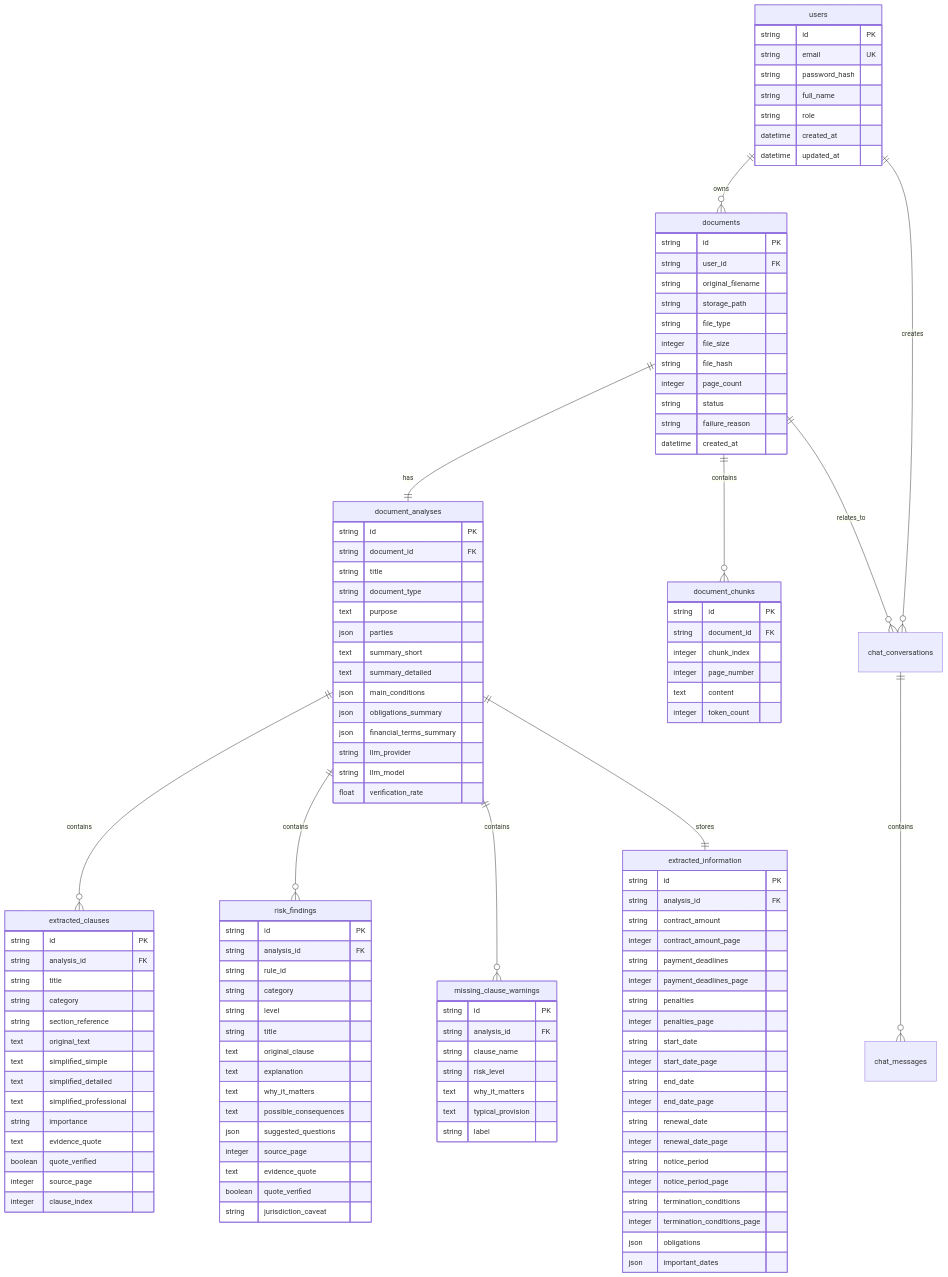
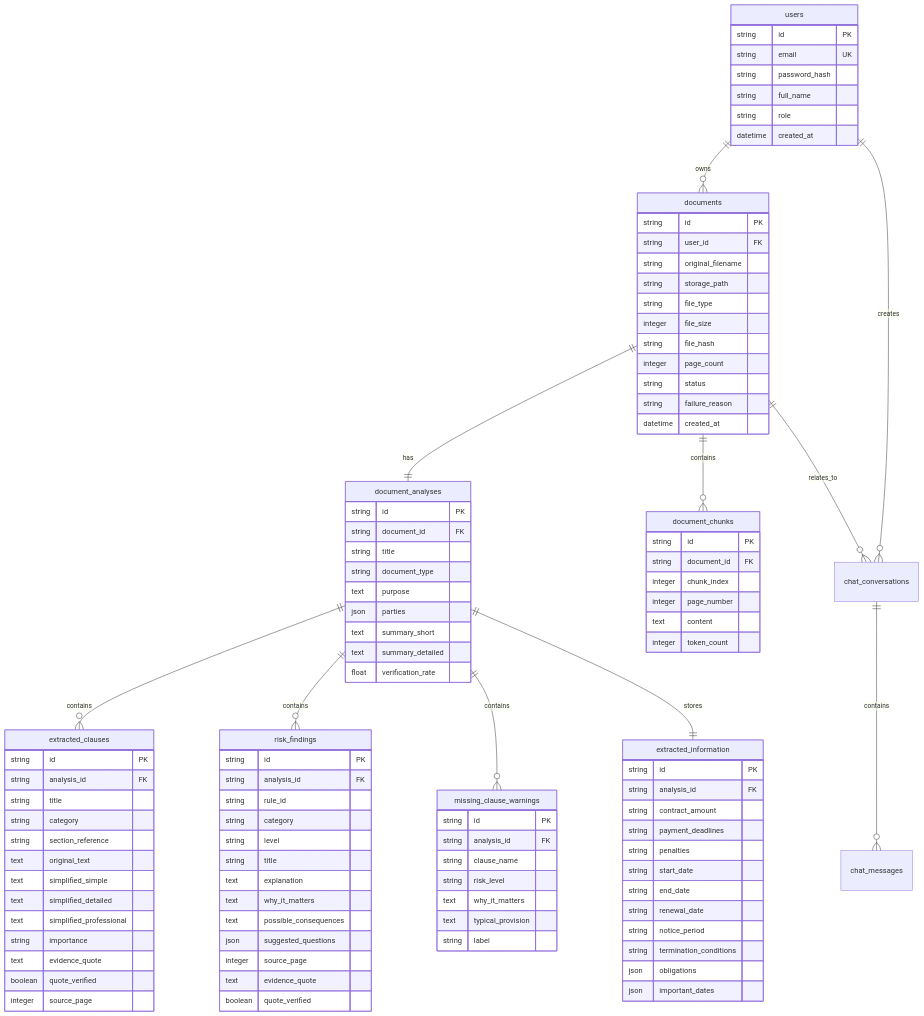
Before and after one commit to rishi-chowdary/KanoonSaathi: the fourth of 4 diagrams in docs/architecture.md, drawn with Mermaid. The commit also changed other lines of this file and 10 other files, not shown here.

```diff
--- a/docs/architecture.md
+++ b/docs/architecture.md
@@ -176,7 +144,6 @@
         string full_name
         string role
         datetime created_at
-        datetime updated_at
     }
 
     documents {
@@ -211,11 +178,6 @@
         json parties
         text summary_short
         text summary_detailed
-        json main_conditions
-        json obligations_summary
-        json financial_terms_summary
-        string llm_provider
-        string llm_model
         float verification_rate
     }
 
@@ -233,7 +195,6 @@
         text evidence_quote
         boolean quote_verified
         integer source_page
-        integer clause_index
     }
 
     risk_findings {
@@ -243,7 +204,6 @@
         string category
         string level
         string title
-        text original_clause
         text explanation
         text why_it_matters
         text possible_consequences
@@ -251,7 +211,6 @@
         integer source_page
         text evidence_quote
         boolean quote_verified
-        string jurisdiction_caveat
     }
 
     missing_clause_warnings {
@@ -268,21 +227,13 @@
         string id PK
         string analysis_id FK
         string contract_amount
-        integer contract_amount_page
         string payment_deadlines
-        integer payment_deadlines_page
         string penalties
-        integer penalties_page
         string start_date
-        integer start_date_page
         string end_date
-        integer end_date_page
         string renewal_date
-        integer renewal_date_page
         string notice_period
-        integer notice_period_page
         string termination_conditions
-        integer termination_conditions_page
         json obligations
         json important_dates
     }
```
